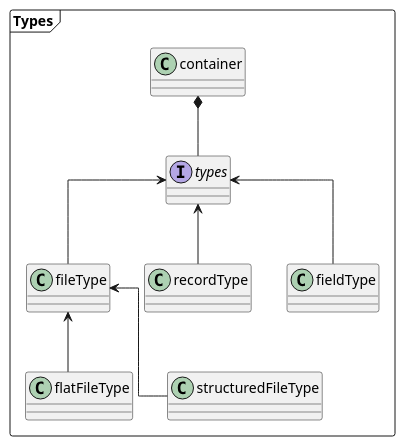
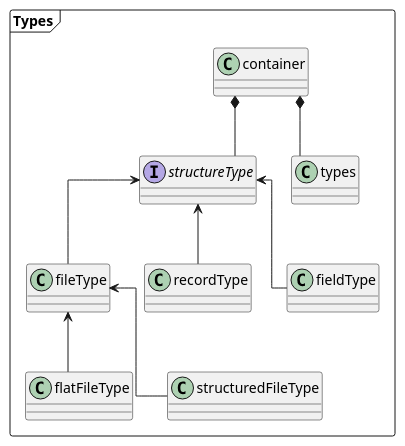
The diagram in usage/aspirations/umls/uml-type.puml (joergen-vs/73027c42-c2cd-4c62-b1f4-2532c0eb8dab), drawn with PlantUML before and after one commit. The commit also changed 3 other files, not shown here.

```diff
--- a/usage/aspirations/umls/uml-type.puml
+++ b/usage/aspirations/umls/uml-type.puml
@@ -1,17 +1,19 @@
 @startuml
 skinparam linetype polyline
 skinparam linetype ortho
 
 package "Types" <<Frame>> {
-interface types
+interface structureType
 
 container *-- types
-types <-- fileType
-types <-- recordType
-types <-- fieldType
+
+container *-- structureType
+structureType <-- fileType
+structureType <-- recordType
+structureType <-- fieldType
 
 fileType <-- flatFileType
 fileType <-- structuredFileType
 }
 
 @enduml
```
